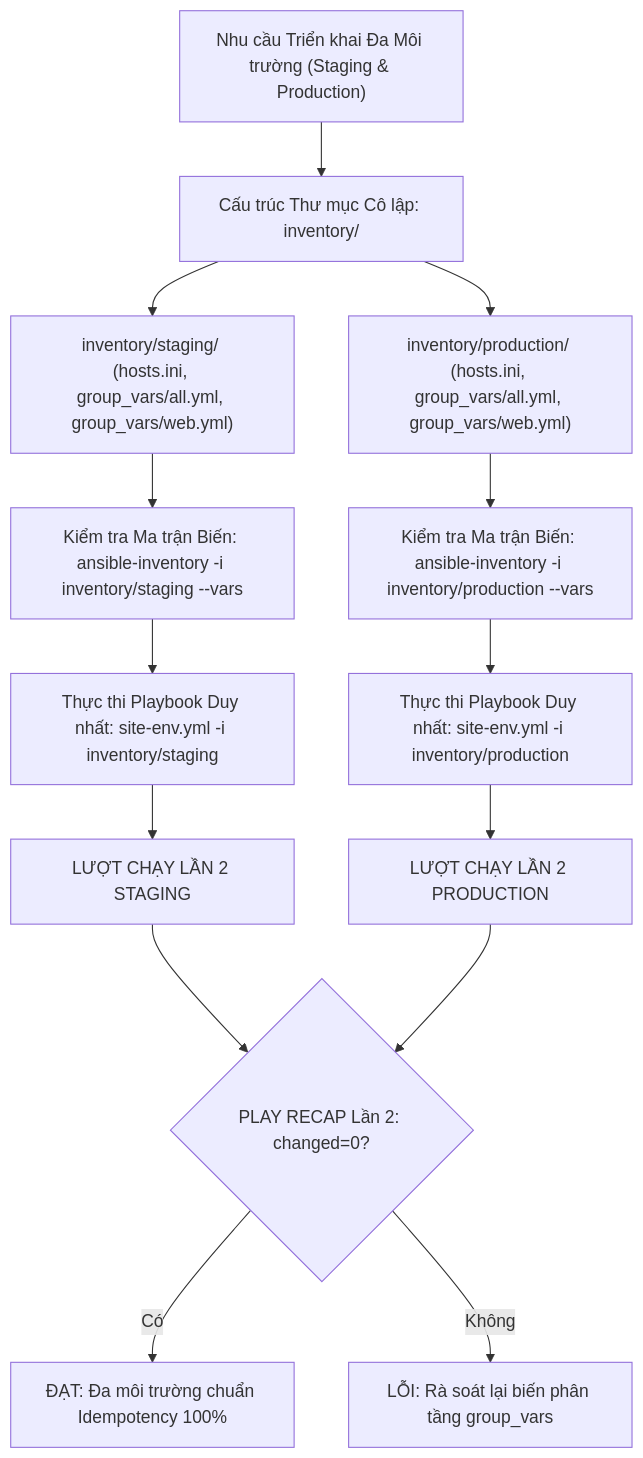
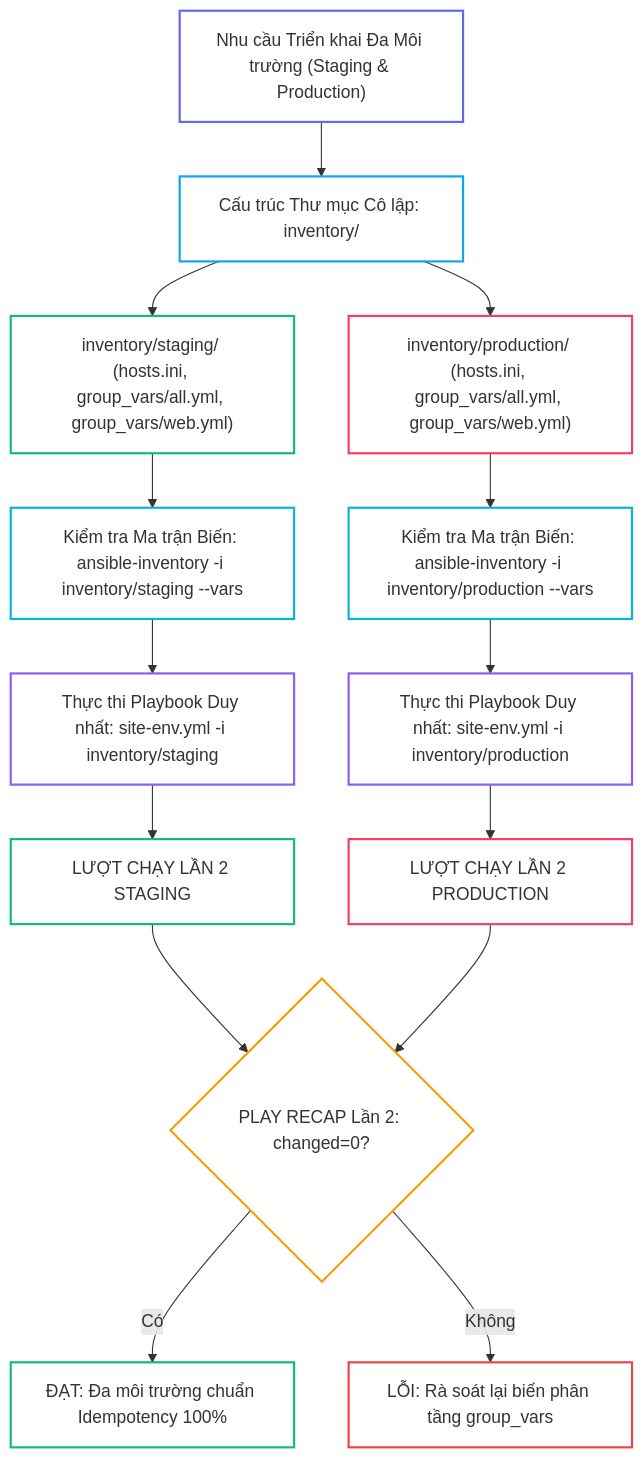
Before and after one commit to kiennt308/ntk: the second of 3 diagrams in _posts/2026-09-13-ansible-19-19-da-moi-truong-inventory.md, drawn with Mermaid. The commit also changed other lines of this file and 30 other files, not shown here.

````diff
--- a/_posts/2026-09-13-ansible-19-19-da-moi-truong-inventory.md
+++ b/_posts/2026-09-13-ansible-19-19-da-moi-truong-inventory.md
@@ -327,22 +339,36 @@
 ```mermaid
 flowchart TD
     A["Nhu cầu Triển khai Đa Môi trường (Staging & Production)"] --> B["Cấu trúc Thư mục Cô lập: inventory/"]
     
     B --> C["inventory/staging/ (hosts.ini, group_vars/all.yml, group_vars/web.yml)"]
     B --> D["inventory/production/ (hosts.ini, group_vars/all.yml, group_vars/web.yml)"]
     
     C --> E["Kiểm tra Ma trận Biến: ansible-inventory -i inventory/staging --vars"]
     D --> F["Kiểm tra Ma trận Biến: ansible-inventory -i inventory/production --vars"]
     
     E --> G["Thực thi Playbook Duy nhất: site-env.yml -i inventory/staging"]
     F --> H["Thực thi Playbook Duy nhất: site-env.yml -i inventory/production"]
     
     G --> I["LƯỢT CHẠY LẦN 2 STAGING"]
     H --> J["LƯỢT CHẠY LẦN 2 PRODUCTION"]
     
     I --> K{"PLAY RECAP Lần 2: changed=0?"}
     J --> K
     
-    K -- Có --> L["ĐẠT: Đa môi trường chuẩn Idempotency 100%"]
-    K -- Không --> M["LỖI: Rà soát lại biến phân tầng group_vars"]
+    K -->|"Có"| L["ĐẠT: Đa môi trường chuẩn Idempotency 100%"]
+    K -->|"Không"| M["LỖI: Rà soát lại biến phân tầng group_vars"]
+
+    style A fill:none,stroke:#6366f1,stroke-width:2px
+    style B fill:none,stroke:#0ea5e9,stroke-width:2px
+    style C fill:none,stroke:#10b981,stroke-width:2px
+    style D fill:none,stroke:#f43f5e,stroke-width:2px
+    style E fill:none,stroke:#06b6d4,stroke-width:2px
+    style F fill:none,stroke:#06b6d4,stroke-width:2px
+    style G fill:none,stroke:#8b5cf6,stroke-width:2px
+    style H fill:none,stroke:#8b5cf6,stroke-width:2px
+    style I fill:none,stroke:#10b981,stroke-width:2px
+    style J fill:none,stroke:#f43f5e,stroke-width:2px
+    style K fill:none,stroke:#f59e0b,stroke-width:2px
+    style L fill:none,stroke:#10b981,stroke-width:2px
+    style M fill:none,stroke:#ef4444,stroke-width:2px
 ```
````
